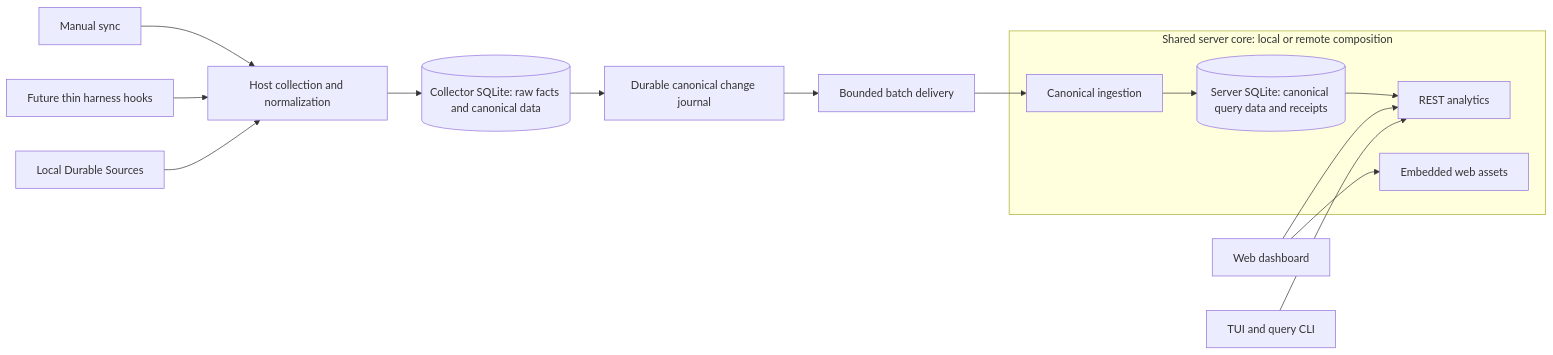
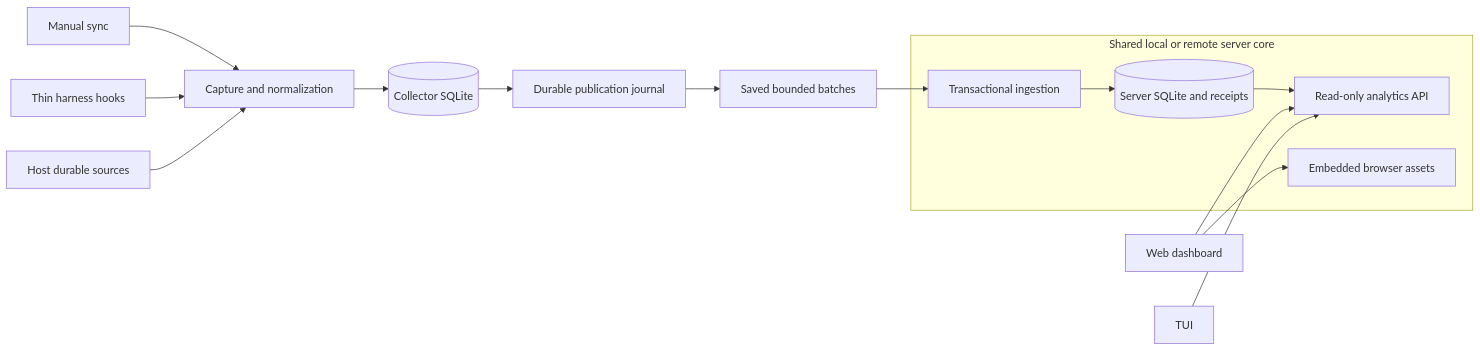
The diagram in docs/collector-server-architecture.md (flexdinesh/tokeninsights), drawn with Mermaid before and after one commit. The commit also changed other lines of this file and 174 other files, not shown here.

Commit message:
feat: split collector and canonical ingestion server

````diff
--- a/docs/collector-server-architecture.md
+++ b/docs/collector-server-architecture.md
@@ -13,18 +17,18 @@
 ```mermaid
 flowchart LR
-    Command[Manual sync] --> Collector
-    Hooks[Future thin harness hooks] --> Collector
-    Sources[Local Durable Sources] --> Collector
-    Collector[Host collection and normalization] --> Local[(Collector SQLite: raw facts and canonical data)]
-    Local --> Journal[Durable canonical change journal]
-    Journal --> Delivery[Bounded batch delivery]
-    Delivery --> Ingestion[Canonical ingestion]
-    subgraph Server[Shared server core: local or remote composition]
-        Ingestion --> QueryDB[(Server SQLite: canonical query data and receipts)]
-        QueryDB --> REST[REST analytics]
-        Assets[Embedded web assets]
+    Manual[Manual sync] --> Collector
+    Hooks[Thin harness hooks] --> Collector
+    Sources[Host durable sources] --> Collector
+    Collector[Capture and normalization] --> Local[(Collector SQLite)]
+    Local --> Journal[Durable publication journal]
+    Journal --> Delivery[Saved bounded batches]
+    Delivery --> Ingestion[Transactional ingestion]
+    subgraph Server[Shared local or remote server core]
+        Ingestion --> QueryDB[(Server SQLite and receipts)]
+        QueryDB --> REST[Read-only analytics API]
+        Assets[Embedded browser assets]
     end
     Browser[Web dashboard] --> REST
     Browser --> Assets
-    Client[TUI and query CLI] --> REST
+    TUI[TUI] --> REST
 ```
````
